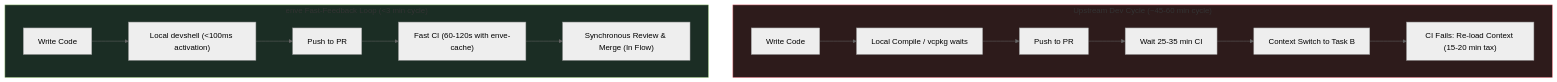
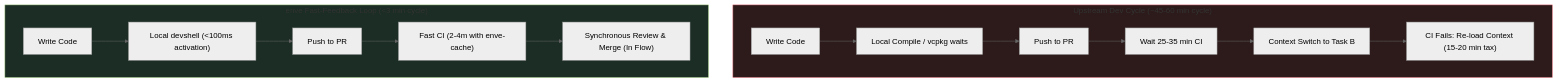
Before and after one commit to tonky/rustdesk: the first of 2 diagrams in docs/ENVE_DEVELOPER_ENVIRONMENT.md, drawn with Mermaid (neutral theme). The commit also changed other lines of this file and 4 other files, not shown here.

````diff
--- a/docs/ENVE_DEVELOPER_ENVIRONMENT.md
+++ b/docs/ENVE_DEVELOPER_ENVIRONMENT.md
@@ -56,20 +56,20 @@
 ```mermaid
 flowchart TD
     subgraph Upstream["Upstream Dev Cycle (~45-60 min cycle)"]
         U1["Write Code"] --> U2["Local Compile / vcpkg waits"]
         U2 --> U3["Push to PR"]
         U3 --> U4["Wait 25-35 min CI"]
         U4 --> U5["Context Switch to Task B"]
         U5 --> U6["CI Fails: Re-load Context (15-20 min tax)"]
     end
 
     subgraph EnveCycle["enve Fast-Feedback Loop (<3 min cycle)"]
         E1["Write Code"] --> E2["Local devshell (<100ms activation)"]
         E2 --> E3["Push to PR"]
-        E3 --> E4["Fast CI (60-120s with enve-cache)"]
+        E3 --> E4["Fast CI (2-4m with enve-cache)"]
         E4 --> E5["Synchronous Review & Merge (In Flow)"]
     end
 
     style Upstream fill:#2d1b1b,stroke:#e06c75,stroke-width:1px
     style EnveCycle fill:#1b2d24,stroke:#98c379,stroke-width:1px
 ```
````
